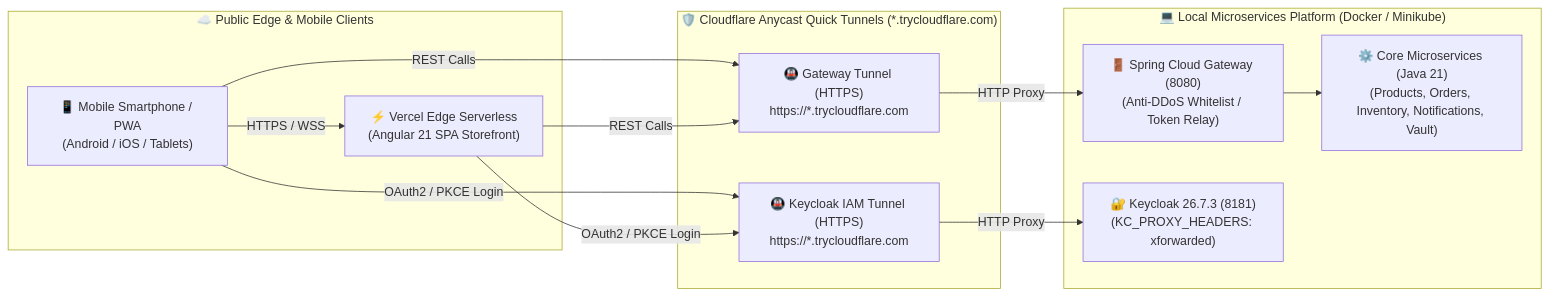
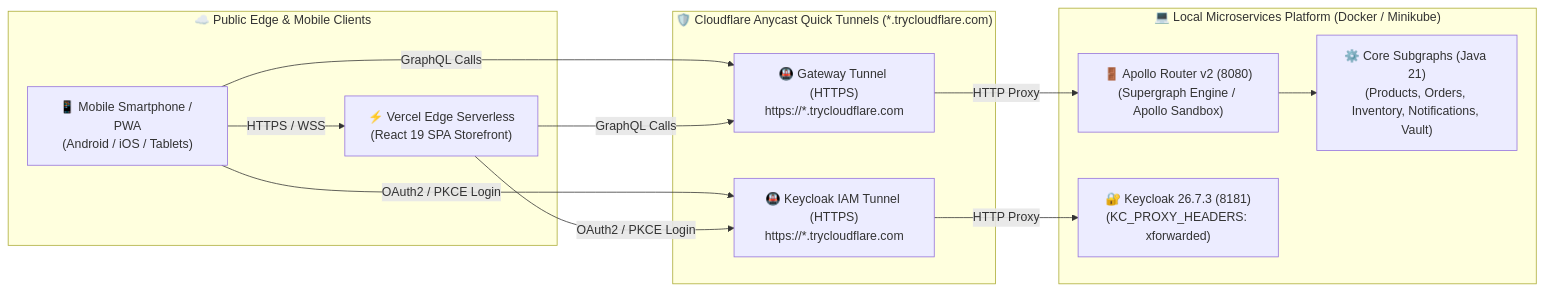
One commit to GeorgeGxx/microservices-architecture changed the sixth of 6 diagrams in docs/ARCHITECTURE.md. Above: the diagram before and after it, drawn with Mermaid. The commit also changed other lines of this file and 9 other files, not shown here.

First line of the commit message:
docs: update enterprise architecture diagrams and multi-cloud documentation

````diff
--- a/docs/ARCHITECTURE.md
+++ b/docs/ARCHITECTURE.md
@@ -471,25 +500,25 @@
 ```mermaid
 graph LR
     subgraph PublicInternet ["☁️ Public Edge & Mobile Clients"]
         Mobile["📱 Mobile Smartphone / PWA<br/>(Android / iOS / Tablets)"]
-        Vercel["⚡ Vercel Edge Serverless<br/>(Angular 21 SPA Storefront)"]
+        Vercel["⚡ Vercel Edge Serverless<br/>(React 19 SPA Storefront)"]
     end
 
     subgraph CloudflareEdge ["🛡️ Cloudflare Anycast Quick Tunnels (*.trycloudflare.com)"]
         CFTunnel1["🚇 Gateway Tunnel (HTTPS)<br/>https://*.trycloudflare.com"]
         CFTunnel2["🚇 Keycloak IAM Tunnel (HTTPS)<br/>https://*.trycloudflare.com"]
     end
 
     subgraph LocalInfrastructure ["💻 Local Microservices Platform (Docker / Minikube)"]
-        APIGW["🚪 Spring Cloud Gateway (8080)<br/>(Anti-DDoS Whitelist / Token Relay)"]
+        APIGW["🚪 Apollo Router v2 (8080)<br/>(Supergraph Engine / Apollo Sandbox)"]
         Keycloak["🔐 Keycloak 26.7.3 (8181)<br/>(KC_PROXY_HEADERS: xforwarded)"]
-        Microservices["⚙️ Core Microservices (Java 21)<br/>(Products, Orders, Inventory, Notifications, Vault)"]
+        Microservices["⚙️ Core Subgraphs (Java 21)<br/>(Products, Orders, Inventory, Notifications, Vault)"]
     end
 
     Mobile -->|HTTPS / WSS| Vercel
-    Mobile & Vercel -->|REST Calls| CFTunnel1
+    Mobile & Vercel -->|GraphQL Calls| CFTunnel1
     Mobile & Vercel -->|OAuth2 / PKCE Login| CFTunnel2
     CFTunnel1 -->|HTTP Proxy| APIGW
     CFTunnel2 -->|HTTP Proxy| Keycloak
     APIGW --> Microservices
 ```
````
